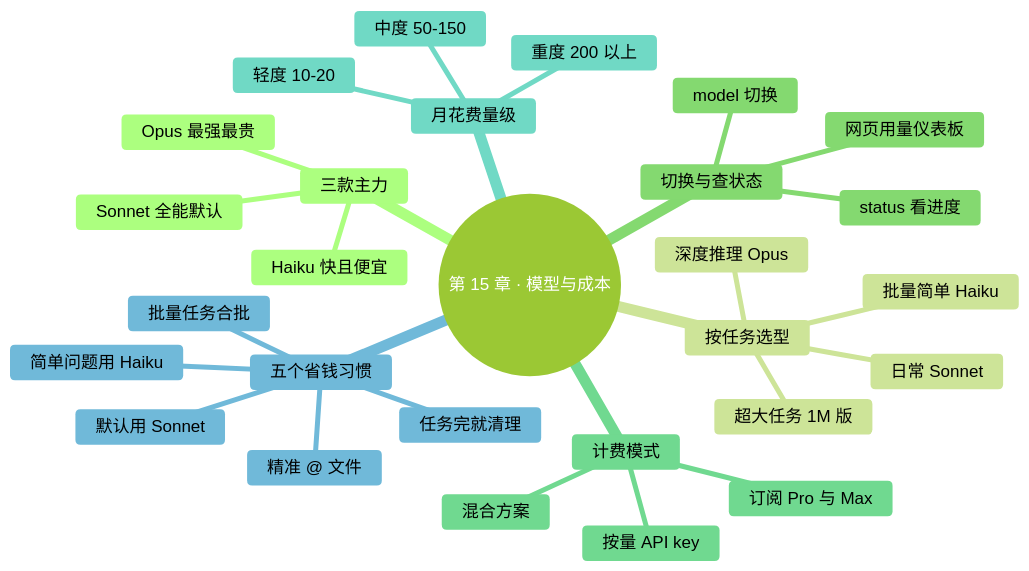
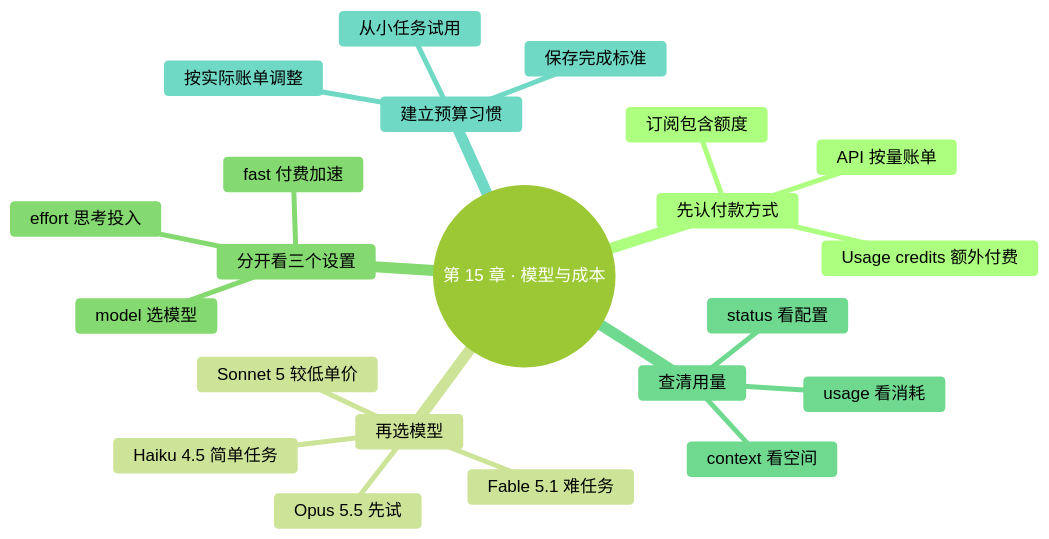
The first of 2 diagrams in manuscript/part3-深度概念/15-模型与成本.md (mali9527/claude-code-full-guide-for-beginners), drawn with Mermaid before and after one commit. The commit also changed other lines of this file and 130 other files, not shown here.

````diff
--- a/manuscript/part3-深度概念/15-模型与成本.md
+++ b/manuscript/part3-深度概念/15-模型与成本.md
@@ -20,39 +22,33 @@
 ```mermaid
 ---
 config:
   theme: forest
   themeVariables:
     fontFamily: "-apple-system, 'SF Pro Text', 'PingFang SC', 'Helvetica Neue', sans-serif"
     fontSize: "17px"
     lineColor: "#D9D9D9"
 ---
 mindmap
   root((第 15 章 · 模型与成本))
-    三款主力
-      Haiku 快且便宜
-      Sonnet 全能默认
-      Opus 最强最贵
-    按任务选型
-      日常 Sonnet
-      深度推理 Opus
-      批量简单 Haiku
-      超大任务 1M 版
-    切换与查状态
-      model 切换
-      status 看进度
-      网页用量仪表板
-    计费模式
-      订阅 Pro 与 Max
-      按量 API key
-      混合方案
-    月花费量级
-      轻度 10-20
-      中度 50-150
-      重度 200 以上
-    五个省钱习惯
-      默认用 Sonnet
-      任务完就清理
-      精准 @ 文件
-      简单问题用 Haiku
-      批量任务合批
+    先认付款方式
+      订阅包含额度
+      Usage credits 额外付费
+      API 按量账单
+    再选模型
+      Opus 5.5 先试
+      Fable 5.1 难任务
+      Sonnet 5 较低单价
+      Haiku 4.5 简单任务
+    分开看三个设置
+      model 选模型
+      effort 思考投入
+      fast 付费加速
+    查清用量
+      status 看配置
+      usage 看消耗
+      context 看空间
+    建立预算习惯
+      从小任务试用
+      保存完成标准
+      按实际账单调整
 ```
````
